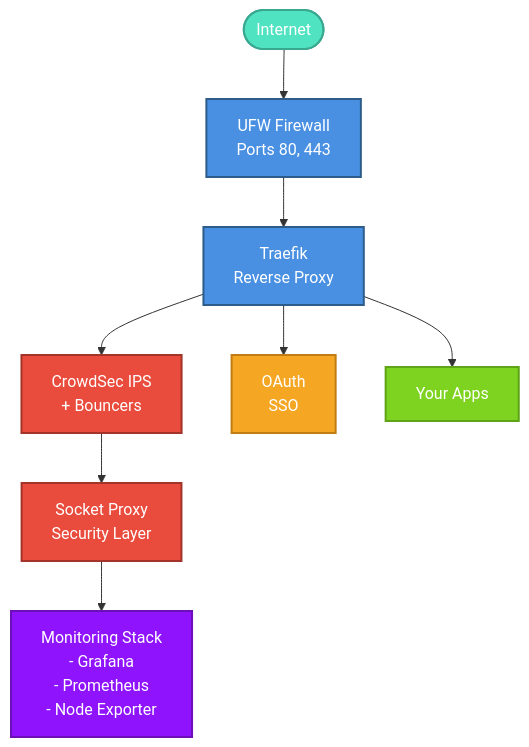
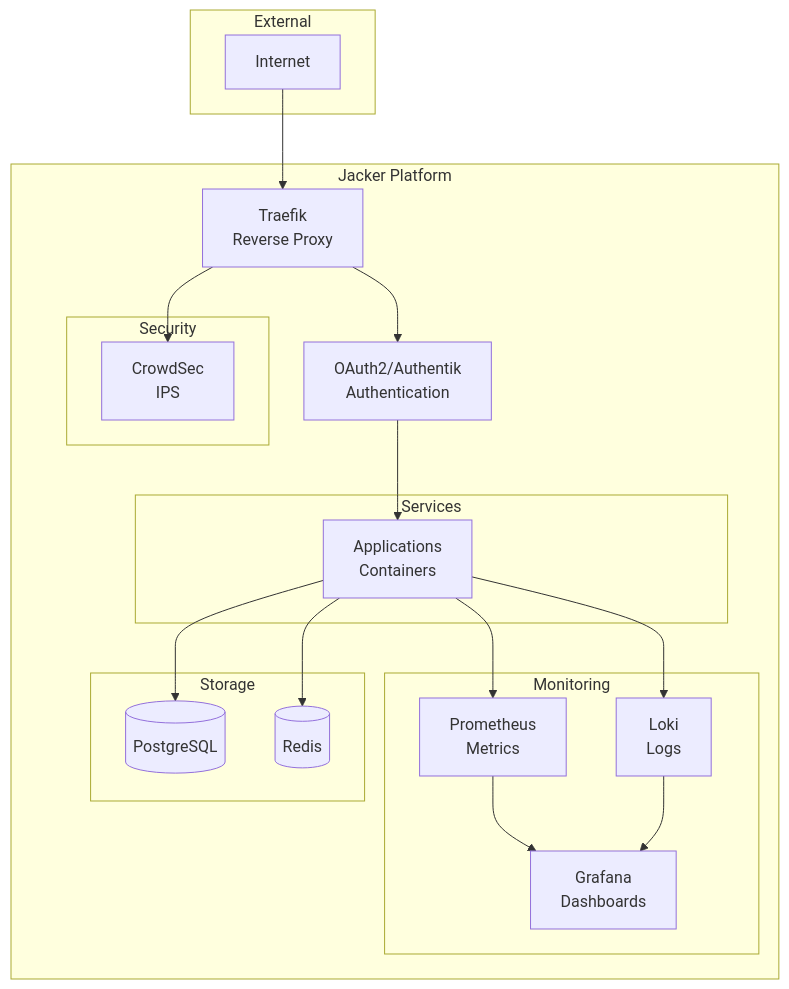
The diagram in README.md (jacar-javi/jacker), drawn with Mermaid before and after one commit. The commit also changed other lines of this file and 203 other files, not shown here.

````diff
--- a/README.md
+++ b/README.md
@@ -71,33 +22,41 @@
 ```mermaid
-flowchart TD
-    Internet([Internet])
-    UFW[UFW Firewall<br/>Ports 80, 443]
-    Traefik[Traefik<br/>Reverse Proxy]
-    CrowdSec[CrowdSec IPS<br/>+ Bouncers]
-    OAuth[OAuth<br/>SSO]
-    Apps[Your Apps]
-    SocketProxy[Socket Proxy<br/>Security Layer]
-    Monitoring[Monitoring Stack<br/>- Grafana<br/>- Prometheus<br/>- Node Exporter]
+graph TB
+    subgraph "External"
+        Internet[Internet]
+    end
 
-    Internet --> UFW
-    UFW --> Traefik
+    subgraph "Jacker Platform"
+        Traefik[Traefik<br/>Reverse Proxy]
+        Auth[OAuth2/Authentik<br/>Authentication]
+
+        subgraph "Services"
+            Apps[Applications<br/>Containers]
+        end
+
+        subgraph "Security"
+            CrowdSec[CrowdSec<br/>IPS]
+        end
+
+        subgraph "Monitoring"
+            Prometheus[Prometheus<br/>Metrics]
+            Grafana[Grafana<br/>Dashboards]
+            Loki[Loki<br/>Logs]
+        end
+
+        subgraph "Storage"
+            Postgres[(PostgreSQL)]
+            Redis[(Redis)]
+        end
+    end
+
+    Internet --> Traefik
+    Traefik --> Auth
+    Auth --> Apps
     Traefik --> CrowdSec
-    Traefik --> OAuth
-    Traefik --> Apps
-    CrowdSec --> SocketProxy
-    SocketProxy --> Monitoring
-
-    classDef gateway fill:#4A90E2,stroke:#2E5C8A,stroke-width:2px,color:#fff
-    classDef security fill:#E94B3C,stroke:#A33429,stroke-width:2px,color:#fff
-    classDef auth fill:#F5A623,stroke:#C17D11,stroke-width:2px,color:#fff
-    classDef apps fill:#7ED321,stroke:#5FA319,stroke-width:2px,color:#fff
-    classDef monitor fill:#9013FE,stroke:#6B0FB8,stroke-width:2px,color:#fff
-    classDef internet fill:#50E3C2,stroke:#3AA891,stroke-width:2px,color:#fff
-
-    class Internet internet
-    class UFW,Traefik gateway
-    class CrowdSec,SocketProxy security
-    class OAuth auth
-    class Apps apps
-    class Monitoring monitor
+    Apps --> Prometheus
+    Apps --> Loki
+    Prometheus --> Grafana
+    Loki --> Grafana
+    Apps --> Postgres
+    Apps --> Redis
 ```
````
